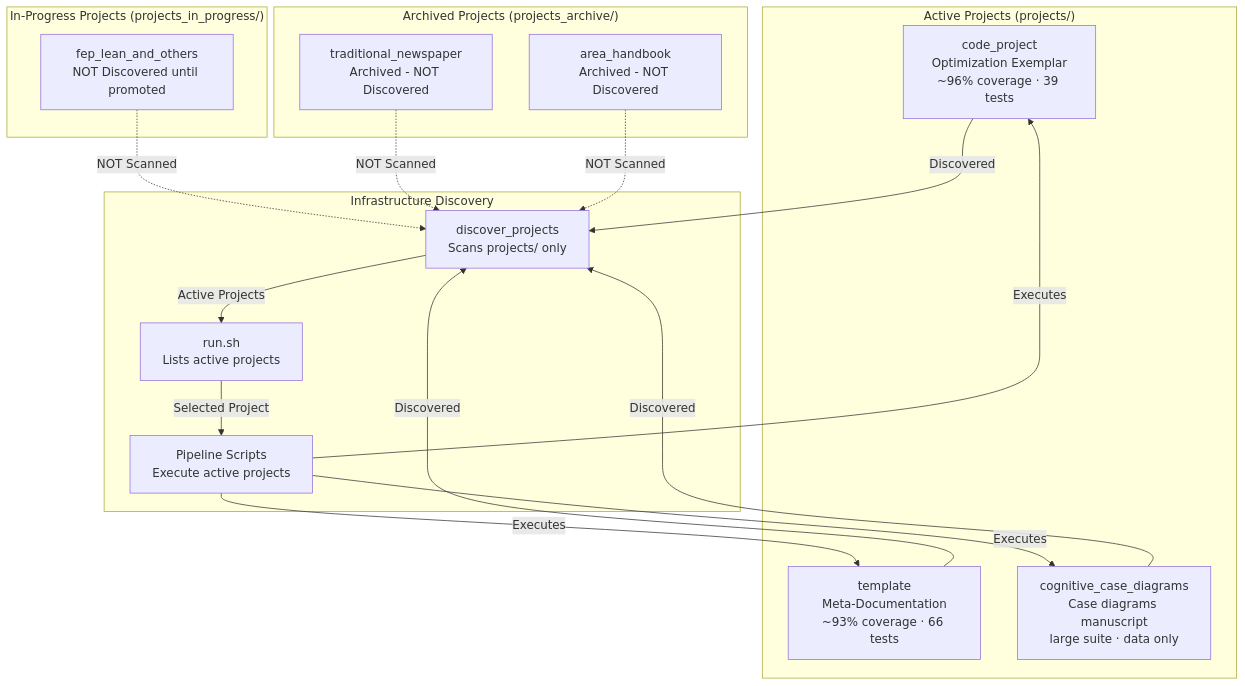
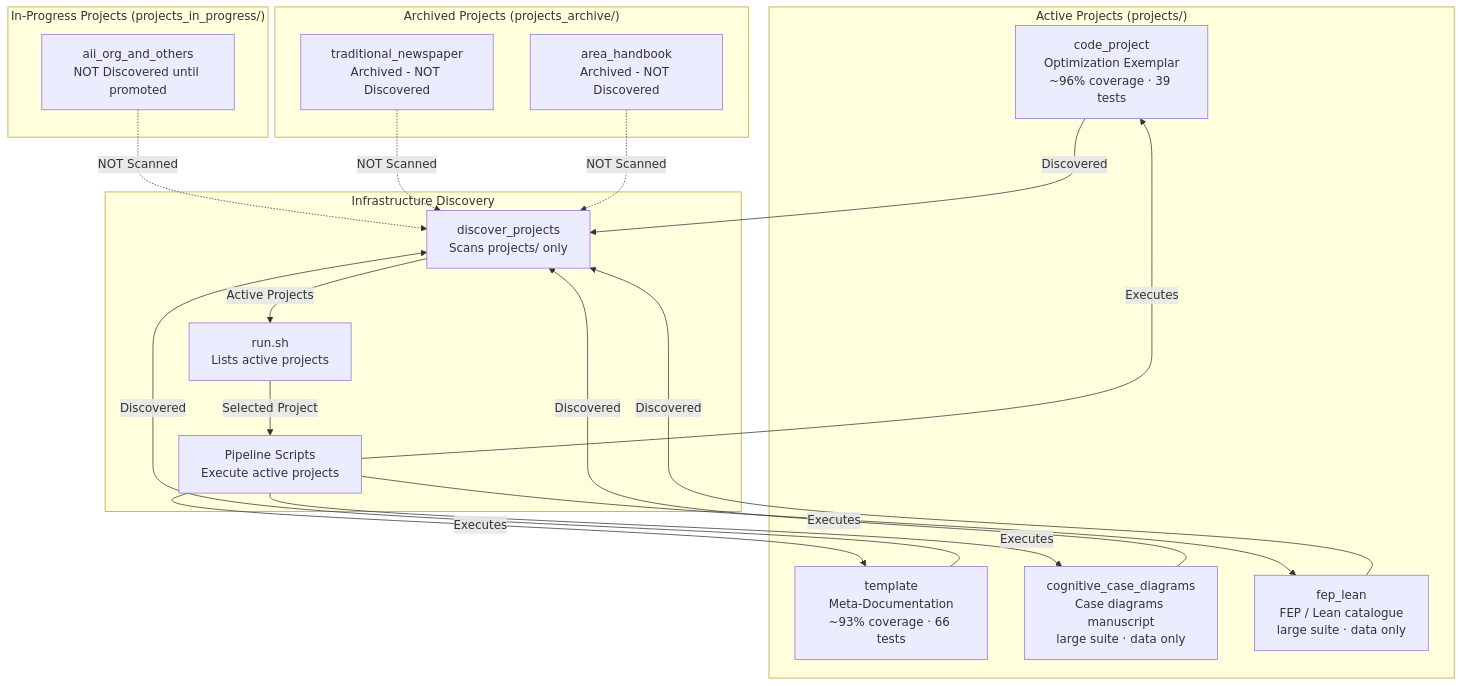
Before and after one commit to docxology/template: the diagram in projects/AGENTS.md, drawn with Mermaid. The commit also changed 334 other files, not shown here.

````diff
--- a/projects/AGENTS.md
+++ b/projects/AGENTS.md
@@ -61,36 +61,39 @@
 ```mermaid
 graph TD
     subgraph Active["Active Projects (projects/)"]
         P1[code_project<br/>Optimization Exemplar<br/>~96% coverage · 39 tests]
         P2[template<br/>Meta-Documentation<br/>~93% coverage · 66 tests]
         P3[cognitive_case_diagrams<br/>Case diagrams manuscript<br/>large suite · data only]
+        P4[fep_lean<br/>FEP / Lean catalogue<br/>large suite · data only]
     end
 
     subgraph InProgress["In-Progress Projects (projects_in_progress/)"]
-        IP1[fep_lean_and_others<br/>NOT Discovered until promoted]
+        IP1[aii_org_and_others<br/>NOT Discovered until promoted]
     end
 
     subgraph Archive["Archived Projects (projects_archive/)"]
         A1[traditional_newspaper<br/>Archived - NOT Discovered]
         A2[area_handbook<br/>Archived - NOT Discovered]
     end
 
     subgraph Infrastructure["Infrastructure Discovery"]
         DISCOVER[discover_projects<br/>Scans projects/ only]
         RUNSH[run.sh<br/>Lists active projects]
         PIPELINE[Pipeline Scripts<br/>Execute active projects]
     end
 
     P1 -->|Discovered| DISCOVER
     P2 -->|Discovered| DISCOVER
     P3 -->|Discovered| DISCOVER
+    P4 -->|Discovered| DISCOVER
     IP1 -.->|NOT Scanned| DISCOVER
     A1 -.->|NOT Scanned| DISCOVER
     A2 -.->|NOT Scanned| DISCOVER
 
     DISCOVER -->|Active Projects| RUNSH
     RUNSH -->|Selected Project| PIPELINE
     PIPELINE -->|Executes| P1
     PIPELINE -->|Executes| P2
     PIPELINE -->|Executes| P3
+    PIPELINE -->|Executes| P4
 ```
````
